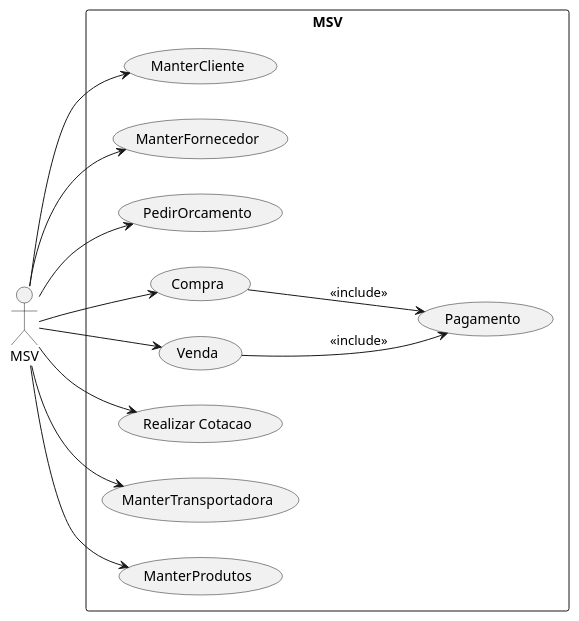
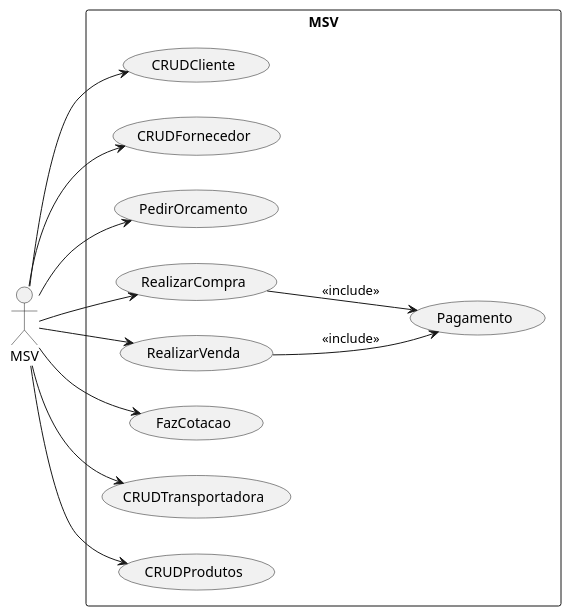
One commit to jmcardoso18/2025.1-PI-2-Semestre changed the diagram in Diagramas/CuMVS.plantuml. Above: the diagram before and after it, drawn with PlantUML. The commit also changed 2 other files, not shown here.

Commit message:
Atualizacao dos diagramas de caso e uso

```diff
--- a/Diagramas/CuMVS.plantuml
+++ b/Diagramas/CuMVS.plantuml
@@ -1,30 +1,30 @@
 @startuml
 
 left to right direction
 actor "MSV" as Msv
 
 rectangle "MSV"{
-    usecase "ManterCliente" as UC1
-    usecase "ManterFornecedor"as UC2
+    usecase "CRUDCliente" as UC1
+    usecase "CRUDFornecedor"as UC2
     usecase "PedirOrcamento" as UC3
-    usecase "Compra" as UC6
+    usecase "RealizarCompra" as UC6
     usecase "Pagamento" as UC7
-    usecase "Venda" as UC8
-    usecase "Realizar Cotacao" as UC5
-    usecase "ManterTransportadora" as UC9 
-    usecase "ManterProdutos" as UC4  
+    usecase "RealizarVenda" as UC8
+    usecase "FazCotacao" as UC5
+    usecase "CRUDTransportadora" as UC9 
+    usecase "CRUDProdutos" as UC4  
 }
 
 
 Msv --> UC1
 Msv --> UC2
 Msv --> UC3
 Msv --> UC6
 Msv --> UC8
 Msv --> UC5
 Msv --> UC9
 Msv --> UC4
 
 UC8 --> UC7:<<include>>
 UC6 --> UC7:<<include>>
 @enduml
```
